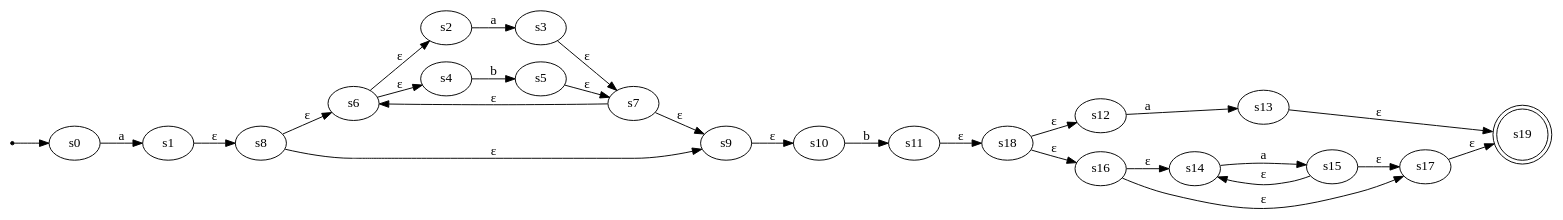
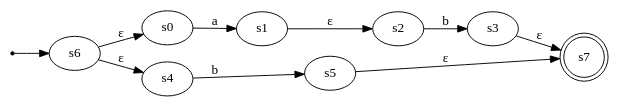
The diagram in Graphviz.dot (ahmetfurkaann/OtomataProje), drawn with Graphviz before and after one commit. The commit also changed 32 other files, not shown here.

```diff
--- a/Graphviz.dot
+++ b/Graphviz.dot
@@ -1,31 +1,14 @@
 digraph "graph" {
 rankdir = LR;
 start [shape=point]
-start -> s0
-s19[shape= doublecircle]
+start -> s6
+s7[shape= doublecircle]
 s0 -> s1 [label= "a"]
-s2 -> s3 [label= "a"]
+s2 -> s3 [label= "b"]
+s1 -> s2 [label= "ε"]
 s4 -> s5 [label= "b"]
-s6 -> s2 [label= "ε"]
+s6 -> s0 [label= "ε"]
 s6 -> s4 [label= "ε"]
 s3 -> s7 [label= "ε"]
 s5 -> s7 [label= "ε"]
-s8 -> s9 [label= "ε"]
-s8 -> s6 [label= "ε"]
-s7 -> s9 [label= "ε"]
-s7 -> s6 [label= "ε"]
-s1 -> s8 [label= "ε"]
-s10 -> s11 [label= "b"]
-s9 -> s10 [label= "ε"]
-s12 -> s13 [label= "a"]
-s14 -> s15 [label= "a"]
-s16 -> s17 [label= "ε"]
-s16 -> s14 [label= "ε"]
-s15 -> s17 [label= "ε"]
-s15 -> s14 [label= "ε"]
-s18 -> s12 [label= "ε"]
-s18 -> s16 [label= "ε"]
-s13 -> s19 [label= "ε"]
-s17 -> s19 [label= "ε"]
-s11 -> s18 [label= "ε"]
 }
```
